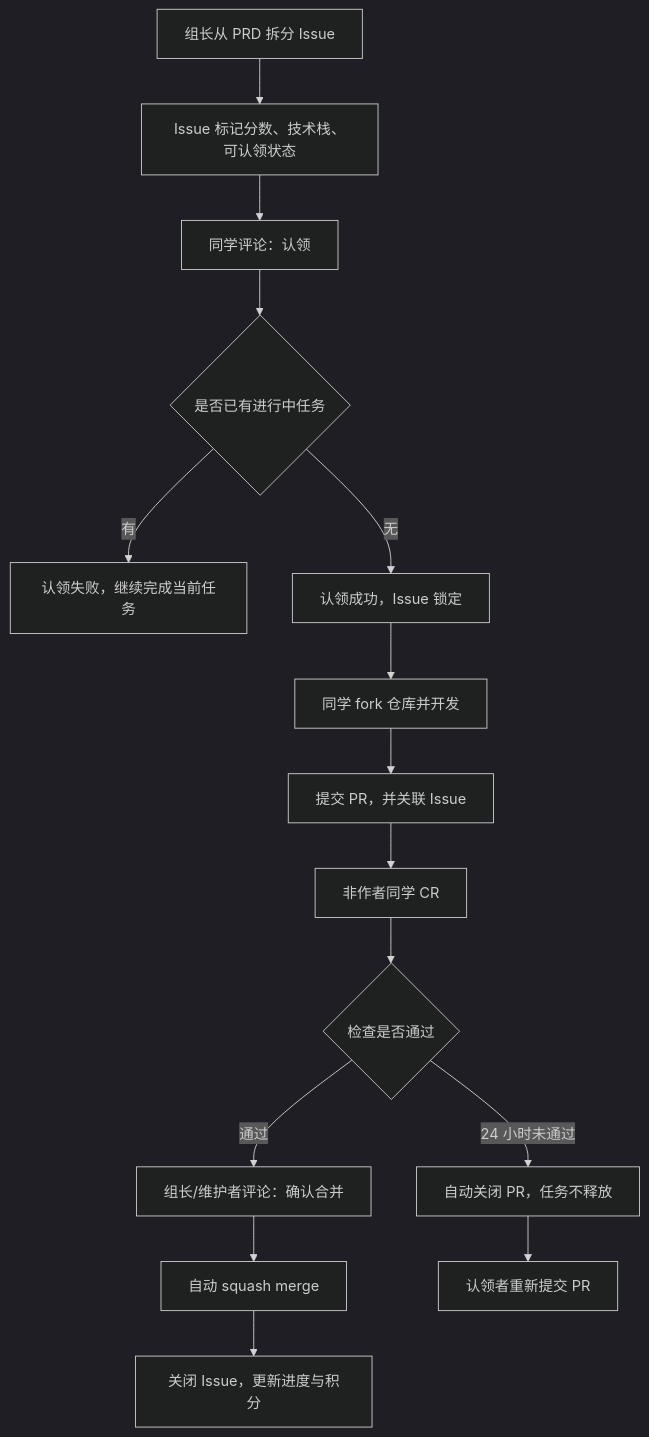
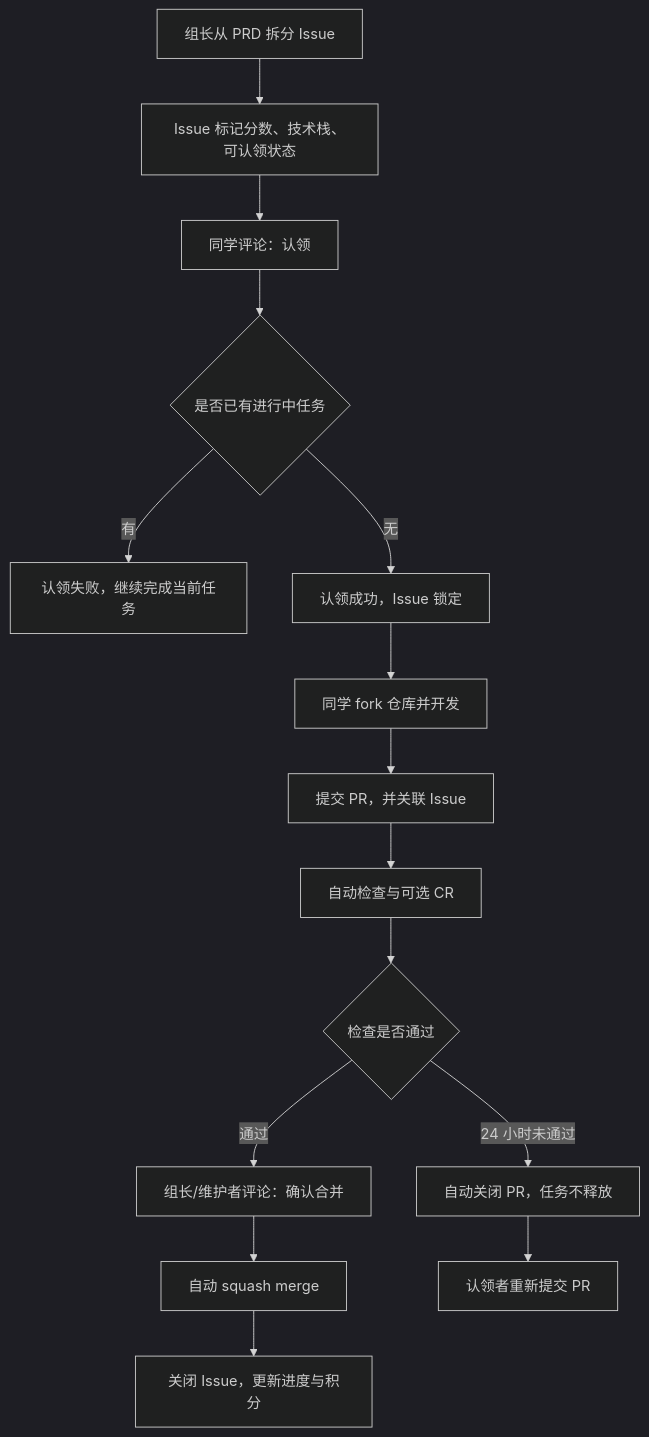
The diagram in docs/规范工作流程.md (ceilf6/code-tape), drawn with Mermaid (dark theme) before and after one commit. The commit also changed other lines of this file and 8 other files, not shown here.

````diff
--- a/docs/规范工作流程.md
+++ b/docs/规范工作流程.md
@@ -11,17 +11,17 @@
 ```mermaid
 flowchart TD
   A["组长从 PRD 拆分 Issue"] --> B["Issue 标记分数、技术栈、可认领状态"]
   B --> C["同学评论：认领"]
   C --> D{"是否已有进行中任务"}
   D -- "有" --> E["认领失败，继续完成当前任务"]
   D -- "无" --> F["认领成功，Issue 锁定"]
   F --> G["同学 fork 仓库并开发"]
   G --> H["提交 PR，并关联 Issue"]
-  H --> I["非作者同学 CR"]
+  H --> I["自动检查与可选 CR"]
   I --> J{"检查是否通过"}
   J -- "通过" --> O["组长/维护者评论：确认合并"]
   O --> K["自动 squash merge"]
   J -- "24 小时未通过" --> L["自动关闭 PR，任务不释放"]
   K --> M["关闭 Issue，更新进度与积分"]
   L --> N["认领者重新提交 PR"]
 ```
````
